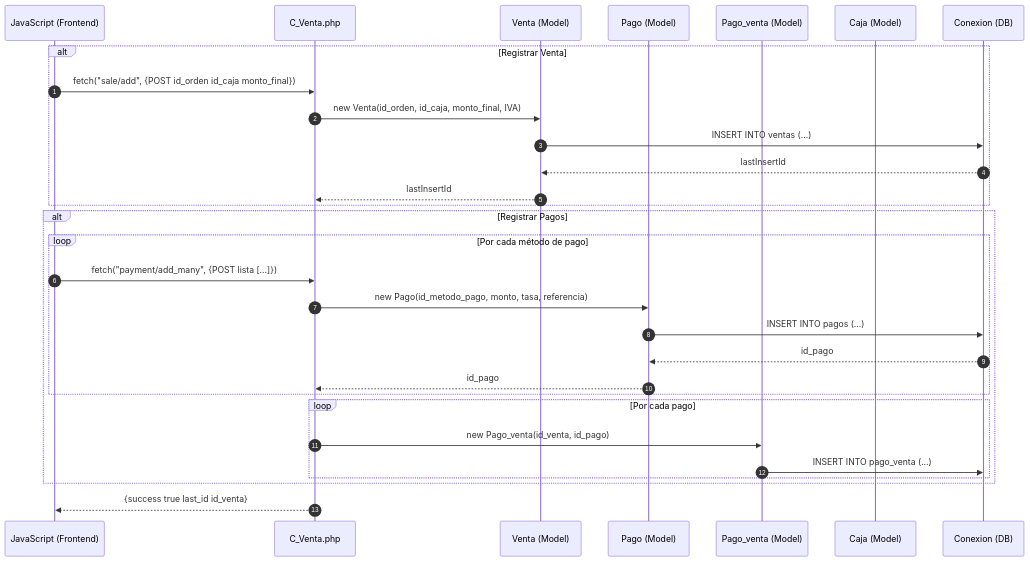
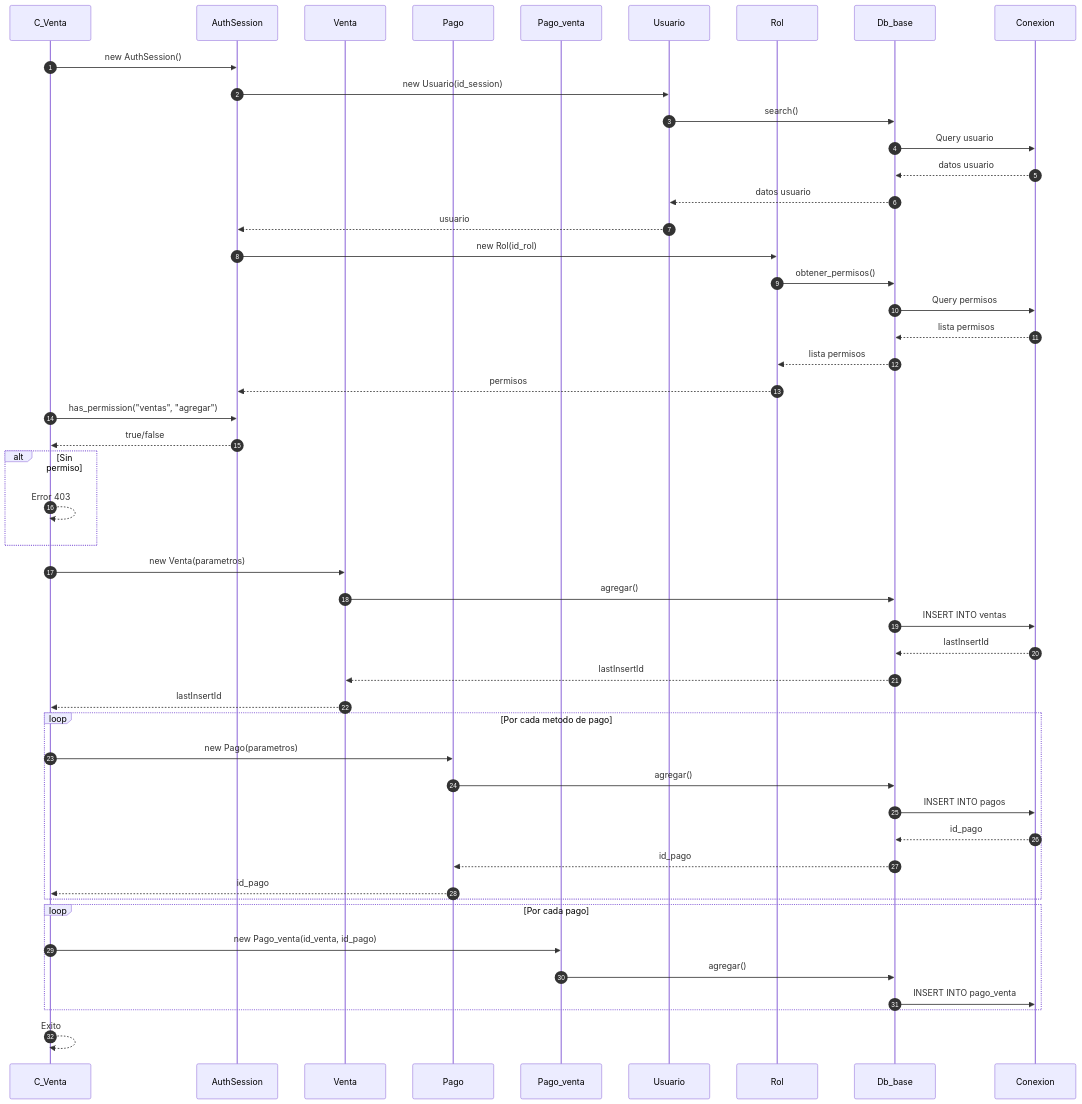
One commit to Tecrato/BurgerHouse changed the third of 5 diagrams in docs/secuencia/caja/caja.md. Above: the diagram before and after it, drawn with Mermaid. The commit also changed other lines of this file and 13 other files, not shown here.

First line of the commit message:
diagramas actualizaos

````diff
--- a/docs/secuencia/caja/caja.md
+++ b/docs/secuencia/caja/caja.md
@@ -50,38 +96,59 @@
 ```mermaid
 sequenceDiagram
     autonumber
-    participant JS as JavaScript (Frontend)
-    participant C_Venta as C_Venta.php
-    participant Venta as Venta (Model)
-    participant Pago as Pago (Model)
-    participant Pago_venta as Pago_venta (Model)
-    participant Caja as Caja (Model)
-    participant DB as Conexion (DB)
+    participant C_Venta as C_Venta
+    participant AuthSession as AuthSession
+    participant Venta as Venta
+    participant Pago as Pago
+    participant Pago_venta as Pago_venta
+    participant Usuario as Usuario
+    participant Rol as Rol
+    participant Db_base as Db_base
+    participant Conexion as Conexion
     
-    alt Registrar Venta
-        JS->>C_Venta: fetch("sale/add", {POST id_orden id_caja monto_final})
-        
-        C_Venta->>Venta: new Venta(id_orden, id_caja, monto_final, IVA)
-        Venta->>DB: INSERT INTO ventas (...)
-        DB-->>Venta: lastInsertId
-        Venta-->>C_Venta: lastInsertId
+    C_Venta->>AuthSession: new AuthSession()
+    AuthSession->>Usuario: new Usuario(id_session)
+    Usuario->>Db_base: search()
+    Db_base->>Conexion: Query usuario
+    Conexion-->>Db_base: datos usuario
+    Db_base-->>Usuario: datos usuario
+    Usuario-->>AuthSession: usuario
+    
+    AuthSession->>Rol: new Rol(id_rol)
+    Rol->>Db_base: obtener_permisos()
+    Db_base->>Conexion: Query permisos
+    Conexion-->>Db_base: lista permisos
+    Db_base-->>Rol: lista permisos
+    Rol-->>AuthSession: permisos
+    
+    C_Venta->>AuthSession: has_permission("ventas", "agregar")
+    AuthSession-->>C_Venta: true/false
+    
+    alt Sin permiso
+        C_Venta-->>C_Venta: Error 403
     end
     
-    alt Registrar Pagos
-        loop Por cada método de pago
-            JS->>C_Venta: fetch("payment/add_many", {POST lista [...]})
-            
-            C_Venta->>Pago: new Pago(id_metodo_pago, monto, tasa, referencia)
-            Pago->>DB: INSERT INTO pagos (...)
-            DB-->>Pago: id_pago
-            Pago-->>C_Venta: id_pago
-        end
-        
-        loop Por cada pago
-            C_Venta->>Pago_venta: new Pago_venta(id_venta, id_pago)
-            Pago_venta->>DB: INSERT INTO pago_venta (...)
-        end
+    C_Venta->>Venta: new Venta(parametros)
+    Venta->>Db_base: agregar()
+    Db_base->>Conexion: INSERT INTO ventas
+    Conexion-->>Db_base: lastInsertId
+    Db_base-->>Venta: lastInsertId
+    Venta-->>C_Venta: lastInsertId
+    
+    loop Por cada metodo de pago
+        C_Venta->>Pago: new Pago(parametros)
+        Pago->>Db_base: agregar()
+        Db_base->>Conexion: INSERT INTO pagos
+        Conexion-->>Db_base: id_pago
+        Db_base-->>Pago: id_pago
+        Pago-->>C_Venta: id_pago
     end
     
-    C_Venta-->>JS: {success true last_id id_venta}
+    loop Por cada pago
+        C_Venta->>Pago_venta: new Pago_venta(id_venta, id_pago)
+        Pago_venta->>Db_base: agregar()
+        Db_base->>Conexion: INSERT INTO pago_venta
+    end
+    
+    C_Venta-->>C_Venta: Exito
 ```
````
